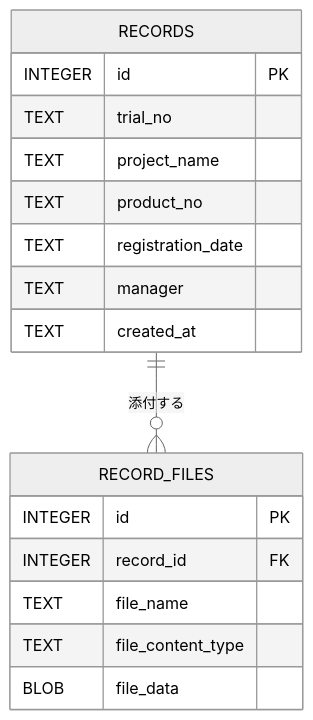
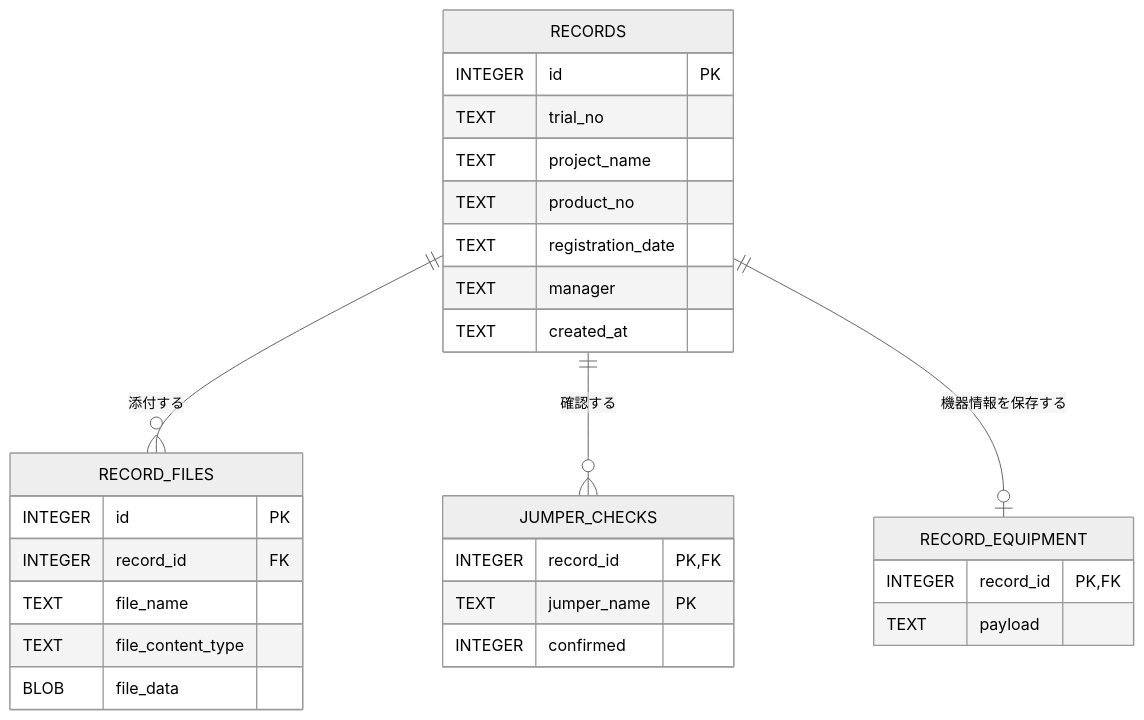
Before and after one commit to osamu3yamazaki0801-collab/TestRecordSystem: the third of 3 diagrams in docs/設計書.md, drawn with Mermaid (neutral theme). The commit also changed other lines of this file and 5 other files, not shown here.

````diff
--- a/docs/設計書.md
+++ b/docs/設計書.md
@@ -201,20 +219,31 @@
 ```mermaid
 erDiagram
     RECORDS {
         INTEGER id PK
         TEXT trial_no
         TEXT project_name
         TEXT product_no
         TEXT registration_date
         TEXT manager
         TEXT created_at
     }
     RECORD_FILES {
         INTEGER id PK
         INTEGER record_id FK
         TEXT file_name
         TEXT file_content_type
         BLOB file_data
     }
+    JUMPER_CHECKS {
+        INTEGER record_id PK, FK
+        TEXT jumper_name PK
+        INTEGER confirmed
+    }
+    RECORD_EQUIPMENT {
+        INTEGER record_id PK, FK
+        TEXT payload
+    }
     RECORDS ||--o{ RECORD_FILES : "添付する"
+    RECORDS ||--o{ JUMPER_CHECKS : "確認する"
+    RECORDS ||--o| RECORD_EQUIPMENT : "機器情報を保存する"
 ```
````
